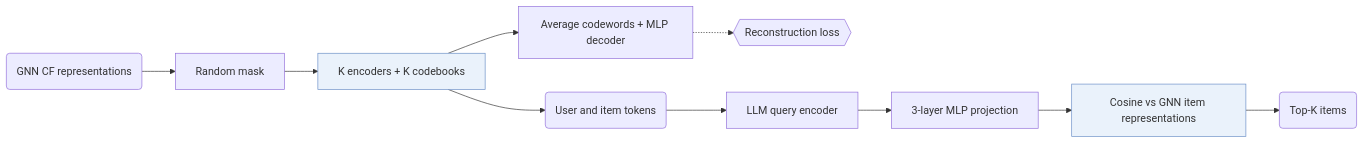
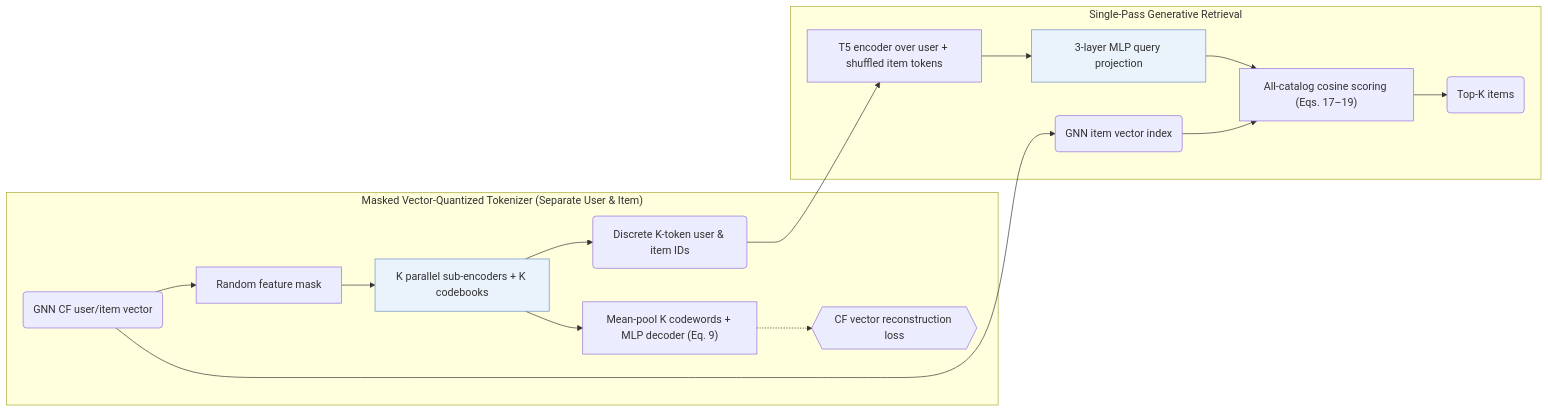
The diagram in notes/tokenrec.md (Galaxy-ghost/Awesome-SID-Generative-Rec), drawn with Mermaid before and after one commit. The commit also changed other lines of this file and 649 other files, not shown here.

Commit message:
writer-05: also tags and modality index (schema, check, build, visuals); summary field removed; calibration data for 12 papers

````diff
--- a/notes/tokenrec.md
+++ b/notes/tokenrec.md
@@ -11,13 +12,17 @@
 ```mermaid
 flowchart LR
-    A("GNN CF representations") --> B["Random mask"]
-    B --> C["K encoders + K codebooks"]:::key
-    C --> D("User and item tokens")
-    C --> E["Average codewords + MLP decoder"]
-    E -.-> L1{{"Reconstruction loss"}}
-    D --> F["LLM query encoder"]
-    F --> G["3-layer MLP projection"]
-    G --> H["Cosine vs GNN item representations"]:::key
-    H --> I("Top-K items")
+    subgraph MQT["Masked Vector-Quantized Tokenizer (Separate User & Item)"]
+        A("GNN CF user/item vector") --> B["Random feature mask"]
+        B --> C["K parallel sub-encoders + K codebooks"]:::key
+        C --> D("Discrete K-token user & item IDs")
+        C --> E["Mean-pool K codewords + MLP decoder (Eq. 9)"]
+        E -.-> L1{{"CF vector reconstruction loss"}}
+    end
+    subgraph Ret["Single-Pass Generative Retrieval"]
+        D --> F["T5 encoder over user + shuffled item tokens"]
+        F --> G["3-layer MLP query projection"]:::key
+        A --> DB("GNN item vector index")
+        G & DB --> H["All-catalog cosine scoring (Eqs. 17–19)"] --> I("Top-K items")
+    end
     classDef key fill:#eaf2fb,stroke:#6b8fc7
 ```
````
